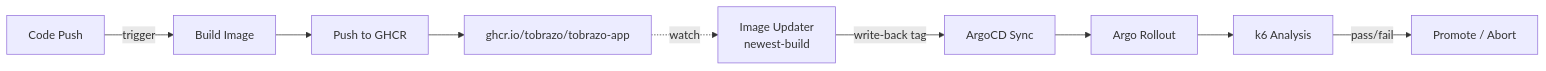
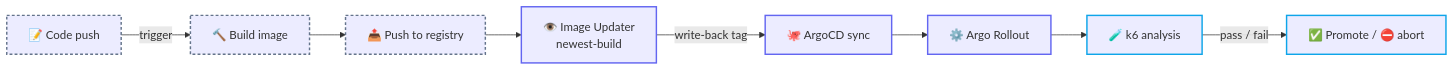
One commit to tobrazo/devops changed the third of 3 diagrams in helm-charts/argo-rollouts-blue-green/README.md. Above: the diagram before and after it, drawn with Mermaid. The commit also changed other lines of this file and 26 other files, not shown here.

````diff
--- a/helm-charts/argo-rollouts-blue-green/README.md
+++ b/helm-charts/argo-rollouts-blue-green/README.md
@@ -70,12 +64,16 @@
 ```mermaid
 flowchart LR
+  code["📝 Code push"] -->|trigger| build["🔨 Build image"]
+  build --> push["📤 Push to registry"]
+  push --> updater["👁️ Image Updater<br/>newest-build"]
+  updater -->|write-back tag| sync["🐙 ArgoCD sync"]
+  sync --> rollout["⚙️ Argo Rollout"]
+  rollout --> analysis["🧪 k6 analysis"]
+  analysis -->|pass / fail| promote["✅ Promote / ⛔ abort"]
 
-code[Code Push] -->|trigger| build[Build Image]
-build --> push[Push to GHCR]
-push --> image[ghcr.io/tobrazo/tobrazo-app]
-image -.->|watch| updater[Image Updater<br/>newest-build]
-updater -->|write-back tag| sync[ArgoCD Sync]
-sync --> rollout[Argo Rollout]
-rollout --> analysis[k6 Analysis]
-analysis -->|pass/fail| promote[Promote / Abort]
+  classDef deliver stroke:#10b981,stroke-width:2px;
+  classDef ctrl stroke:#6366f1,stroke-width:2px;
+  classDef obs stroke:#0ea5e9,stroke-width:2px;
+  classDef edge stroke:#64748b,stroke-width:2px,stroke-dasharray:4 3;
+  class code,build,push edge; class updater,sync,rollout ctrl; class analysis,promote obs;
 ```
````
